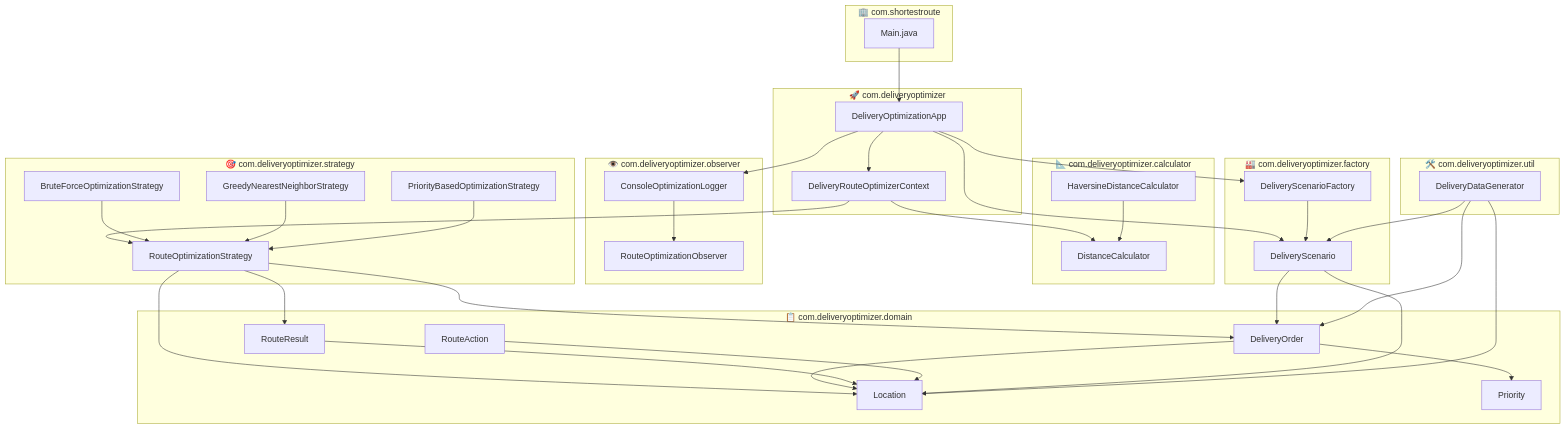
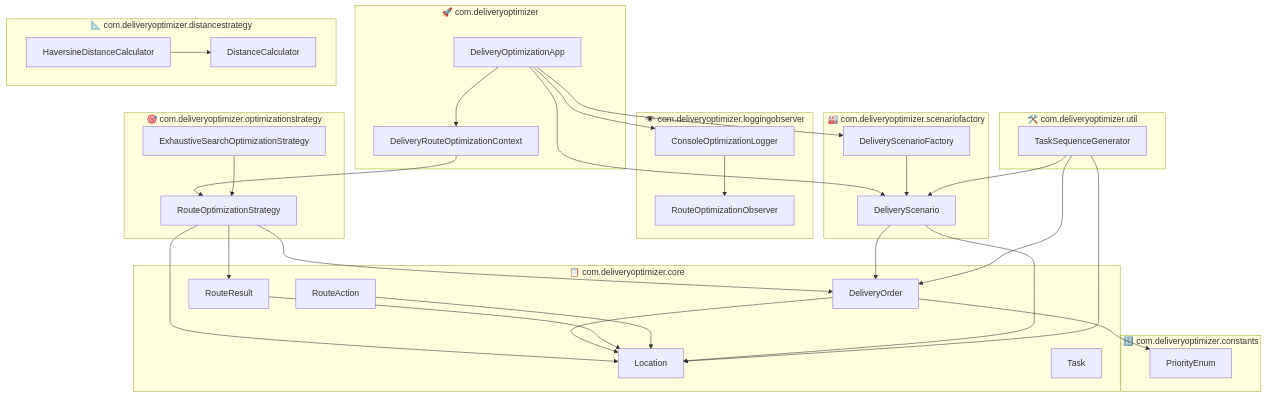
The fifth of 5 diagrams in CLASS_DIAGRAM.md (Sudharshan45/delivery-route-optimizer), drawn with Mermaid before and after one commit. The commit also changed other lines of this file and 8 other files, not shown here.

Commit message:
Update documentation and diagrams to match current codebase

````diff
--- a/CLASS_DIAGRAM.md
+++ b/CLASS_DIAGRAM.md
@@ -325,72 +281,58 @@
 ```mermaid
 graph TD
-    subgraph "🏢 com.shortestroute"
-        A[Main.java]
-    end
-    
     subgraph "🚀 com.deliveryoptimizer"
         B[DeliveryOptimizationApp]
-        C[DeliveryRouteOptimizerContext]
+        B2[DeliveryRouteOptimizationContext]
     end
-    
-    subgraph "📋 com.deliveryoptimizer.domain"
+    subgraph "📋 com.deliveryoptimizer.core"
         D[Location]
         E[DeliveryOrder]
         F[RouteResult]
         G[RouteAction]
-        H[Priority]
+        H[Task]
     end
-    
-    subgraph "🎯 com.deliveryoptimizer.strategy"
+    subgraph "🎯 com.deliveryoptimizer.optimizationstrategy"
         I[RouteOptimizationStrategy]
-        J[BruteForceOptimizationStrategy]
-        K[GreedyNearestNeighborStrategy]
-        L[PriorityBasedOptimizationStrategy]
+        J[ExhaustiveSearchOptimizationStrategy]
     end
-    
-    subgraph "📐 com.deliveryoptimizer.calculator"
+    subgraph "📐 com.deliveryoptimizer.distancestrategy"
         M[DistanceCalculator]
         N[HaversineDistanceCalculator]
     end
-    
-    subgraph "👁️ com.deliveryoptimizer.observer"
+    subgraph "👁️ com.deliveryoptimizer.loggingobserver"
         O[RouteOptimizationObserver]
         P[ConsoleOptimizationLogger]
     end
-    
-    subgraph "🏭 com.deliveryoptimizer.factory"
+    subgraph "🏭 com.deliveryoptimizer.scenariofactory"
         Q[DeliveryScenario]
         R[DeliveryScenarioFactory]
     end
-    
     subgraph "🛠️ com.deliveryoptimizer.util"
-        S[DeliveryDataGenerator]
+        S[TaskSequenceGenerator]
     end
-    
+    subgraph "🔢 com.deliveryoptimizer.constants"
+        T[PriorityEnum]
+    end
     %% Dependencies
-    A --> B
-    B --> C
     B --> Q
     B --> R
     B --> P
-    C --> I
-    C --> M
+    B --> B2
+    B2 --> I
     I --> D
     I --> E
     I --> F
     J --> I
-    K --> I
-    L --> I
     N --> M
     P --> O
-    E --> H
+    E --> T
     E --> D
     F --> D
     G --> D
     Q --> D
     Q --> E
     R --> Q
     S --> D
     S --> E
     S --> Q
 ```
````
